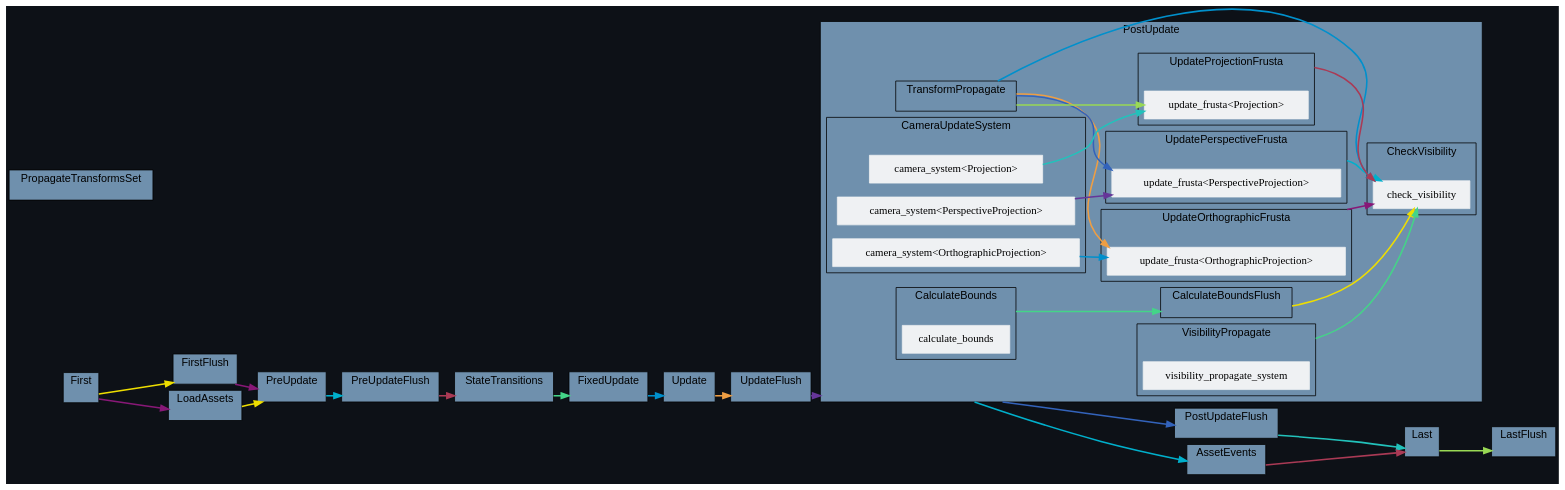
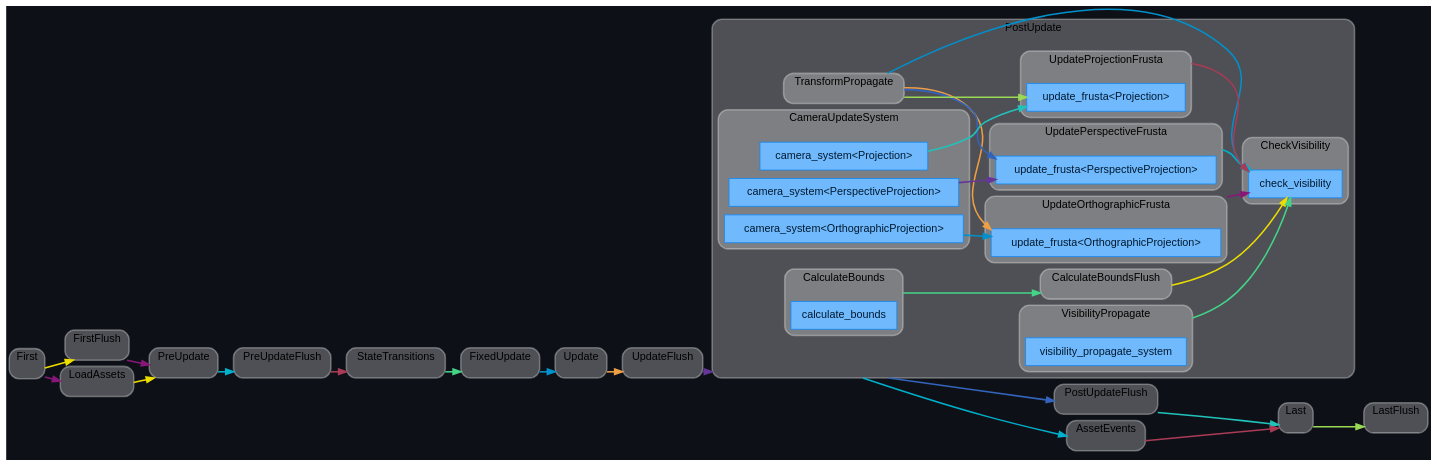
One commit to jakobhellermann/bevy_mod_debugdump changed the diagram in docs/schedule/by-crate/dark/schedule_Main_bevy_render.dot. Above: the diagram before and after it, drawn with Graphviz. The commit also changed 97 other files, not shown here.

```diff
--- a/docs/schedule/by-crate/dark/schedule_Main_bevy_render.dot
+++ b/docs/schedule/by-crate/dark/schedule_Main_bevy_render.dot
@@ -4,206 +4,245 @@
 	"rankdir"="LR";
 	"bgcolor"="#0d1117";
 	"fontname"="Helvetica";
+	"nodesep"="0.15";
 	edge ["penwidth"="2"];
-	node ["shape"="box", "style"="filled", "fillcolor"="#eff1f3", "color"="#eff1f3"];
+	node ["shape"="box", "style"="filled"];
 	subgraph "clusternode_Set(0)" {
+		"style"="rounded,filled";
 		"label"="Update";
 		"tooltip"="Update";
-		"bgcolor"="#6f90ad";
-		"color"="black";
+		"fillcolor"="#ffffff44";
+		"color"="#ffffff50";
+		"penwidth"="2";
 		"set_marker_node_Set(0)" ["style"="invis", "label"="", "height"="0", "shape"="point"]
 	}
 	
 	subgraph "clusternode_Set(2)" {
+		"style"="rounded,filled";
 		"label"="FirstFlush";
 		"tooltip"="FirstFlush";
-		"bgcolor"="#6f90ad";
-		"color"="black";
+		"fillcolor"="#ffffff44";
+		"color"="#ffffff50";
+		"penwidth"="2";
 		"set_marker_node_Set(2)" ["style"="invis", "label"="", "height"="0", "shape"="point"]
 	}
 	
 	subgraph "clusternode_Set(3)" {
+		"style"="rounded,filled";
 		"label"="PreUpdateFlush";
 		"tooltip"="PreUpdateFlush";
-		"bgcolor"="#6f90ad";
-		"color"="black";
+		"fillcolor"="#ffffff44";
+		"color"="#ffffff50";
+		"penwidth"="2";
 		"set_marker_node_Set(3)" ["style"="invis", "label"="", "height"="0", "shape"="point"]
 	}
 	
 	subgraph "clusternode_Set(4)" {
+		"style"="rounded,filled";
 		"label"="UpdateFlush";
 		"tooltip"="UpdateFlush";
-		"bgcolor"="#6f90ad";
-		"color"="black";
+		"fillcolor"="#ffffff44";
+		"color"="#ffffff50";
+		"penwidth"="2";
 		"set_marker_node_Set(4)" ["style"="invis", "label"="", "height"="0", "shape"="point"]
 	}
 	
 	subgraph "clusternode_Set(5)" {
+		"style"="rounded,filled";
 		"label"="PostUpdateFlush";
 		"tooltip"="PostUpdateFlush";
-		"bgcolor"="#6f90ad";
-		"color"="black";
+		"fillcolor"="#ffffff44";
+		"color"="#ffffff50";
+		"penwidth"="2";
 		"set_marker_node_Set(5)" ["style"="invis", "label"="", "height"="0", "shape"="point"]
 	}
 	
 	subgraph "clusternode_Set(6)" {
+		"style"="rounded,filled";
 		"label"="LastFlush";
 		"tooltip"="LastFlush";
-		"bgcolor"="#6f90ad";
-		"color"="black";
+		"fillcolor"="#ffffff44";
+		"color"="#ffffff50";
+		"penwidth"="2";
 		"set_marker_node_Set(6)" ["style"="invis", "label"="", "height"="0", "shape"="point"]
 	}
 	
 	subgraph "clusternode_Set(7)" {
+		"style"="rounded,filled";
 		"label"="First";
 		"tooltip"="First";
-		"bgcolor"="#6f90ad";
-		"color"="black";
+		"fillcolor"="#ffffff44";
+		"color"="#ffffff50";
+		"penwidth"="2";
 		"set_marker_node_Set(7)" ["style"="invis", "label"="", "height"="0", "shape"="point"]
 	}
 	
 	subgraph "clusternode_Set(8)" {
+		"style"="rounded,filled";
 		"label"="PreUpdate";
 		"tooltip"="PreUpdate";
-		"bgcolor"="#6f90ad";
-		"color"="black";
+		"fillcolor"="#ffffff44";
+		"color"="#ffffff50";
+		"penwidth"="2";
 		"set_marker_node_Set(8)" ["style"="invis", "label"="", "height"="0", "shape"="point"]
 	}
 	
 	subgraph "clusternode_Set(9)" {
+		"style"="rounded,filled";
 		"label"="StateTransitions";
 		"tooltip"="StateTransitions";
-		"bgcolor"="#6f90ad";
-		"color"="black";
+		"fillcolor"="#ffffff44";
+		"color"="#ffffff50";
+		"penwidth"="2";
 		"set_marker_node_Set(9)" ["style"="invis", "label"="", "height"="0", "shape"="point"]
 	}
 	
 	subgraph "clusternode_Set(10)" {
+		"style"="rounded,filled";
 		"label"="FixedUpdate";
 		"tooltip"="FixedUpdate";
-		"bgcolor"="#6f90ad";
-		"color"="black";
+		"fillcolor"="#ffffff44";
+		"color"="#ffffff50";
+		"penwidth"="2";
 		"set_marker_node_Set(10)" ["style"="invis", "label"="", "height"="0", "shape"="point"]
 	}
 	
 	subgraph "clusternode_Set(11)" {
+		"style"="rounded,filled";
 		"label"="PostUpdate";
 		"tooltip"="PostUpdate";
-		"bgcolor"="#6f90ad";
-		"color"="black";
+		"fillcolor"="#ffffff44";
+		"color"="#ffffff50";
+		"penwidth"="2";
 		"set_marker_node_Set(11)" ["style"="invis", "label"="", "height"="0", "shape"="point"]
 		subgraph "clusternode_Set(20)" {
+			"style"="rounded,filled";
 			"label"="TransformPropagate";
 			"tooltip"="TransformPropagate";
-			"bgcolor"="#6f90ad";
-			"color"="black";
+			"fillcolor"="#ffffff44";
+			"color"="#ffffff50";
+			"penwidth"="2";
 			"set_marker_node_Set(20)" ["style"="invis", "label"="", "height"="0", "shape"="point"]
 		}
 		
 		subgraph "clusternode_Set(82)" {
+			"style"="rounded,filled";
 			"label"="CameraUpdateSystem";
 			"tooltip"="CameraUpdateSystem";
-			"bgcolor"="#6f90ad";
-			"color"="black";
+			"fillcolor"="#ffffff44";
+			"color"="#ffffff50";
+			"penwidth"="2";
 			"set_marker_node_Set(82)" ["style"="invis", "label"="", "height"="0", "shape"="point"]
-			"node_System(68)" ["label"="camera_system<Projection>", "tooltip"="bevy_render::camera::camera::camera_system<bevy_render::camera::projection::Projection>"]
-			"node_System(69)" ["label"="camera_system<OrthographicProjection>", "tooltip"="bevy_render::camera::camera::camera_system<bevy_render::camera::projection::OrthographicProjection>"]
-			"node_System(70)" ["label"="camera_system<PerspectiveProjection>", "tooltip"="bevy_render::camera::camera::camera_system<bevy_render::camera::projection::PerspectiveProjection>"]
+			"node_System(68)" ["label"="camera_system<Projection>", "tooltip"="bevy_render::camera::camera::camera_system<bevy_render::camera::projection::Projection>", "fillcolor"="#70b9fc", "fontname"="Helvetica", "fontcolor"="#011a31", "color"="#0c88f9", "penwidth"="1"]
+			"node_System(69)" ["label"="camera_system<OrthographicProjection>", "tooltip"="bevy_render::camera::camera::camera_system<bevy_render::camera::projection::OrthographicProjection>", "fillcolor"="#70b9fc", "fontname"="Helvetica", "fontcolor"="#011a31", "color"="#0c88f9", "penwidth"="1"]
+			"node_System(70)" ["label"="camera_system<PerspectiveProjection>", "tooltip"="bevy_render::camera::camera::camera_system<bevy_render::camera::projection::PerspectiveProjection>", "fillcolor"="#70b9fc", "fontname"="Helvetica", "fontcolor"="#011a31", "color"="#0c88f9", "penwidth"="1"]
 		}
 		
 		subgraph "clusternode_Set(86)" {
+			"style"="rounded,filled";
 			"label"="CalculateBounds";
 			"tooltip"="CalculateBounds";
-			"bgcolor"="#6f90ad";
-			"color"="black";
+			"fillcolor"="#ffffff44";
+			"color"="#ffffff50";
+			"penwidth"="2";
 			"set_marker_node_Set(86)" ["style"="invis", "label"="", "height"="0", "shape"="point"]
-			"node_System(72)" ["label"="calculate_bounds", "tooltip"="bevy_render::view::visibility::calculate_bounds"]
+			"node_System(72)" ["label"="calculate_bounds", "tooltip"="bevy_render::view::visibility::calculate_bounds", "fillcolor"="#70b9fc", "fontname"="Helvetica", "fontcolor"="#011a31", "color"="#0c88f9", "penwidth"="1"]
 		}
 		
 		subgraph "clusternode_Set(87)" {
+			"style"="rounded,filled";
 			"label"="CalculateBoundsFlush";
 			"tooltip"="CalculateBoundsFlush";
-			"bgcolor"="#6f90ad";
-			"color"="black";
+			"fillcolor"="#ffffff44";
+			"color"="#ffffff50";
+			"penwidth"="2";
 			"set_marker_node_Set(87)" ["style"="invis", "label"="", "height"="0", "shape"="point"]
 		}
 		
 		subgraph "clusternode_Set(88)" {
+			"style"="rounded,filled";
 			"label"="UpdateOrthographicFrusta";
 			"tooltip"="UpdateOrthographicFrusta";
-			"bgcolor"="#6f90ad";
-			"color"="black";
+			"fillcolor"="#ffffff44";
+			"color"="#ffffff50";
+			"penwidth"="2";
 			"set_marker_node_Set(88)" ["style"="invis", "label"="", "height"="0", "shape"="point"]
-			"node_System(73)" ["label"="update_frusta<OrthographicProjection>", "tooltip"="bevy_render::view::visibility::update_frusta<bevy_render::camera::projection::OrthographicProjection>"]
+			"node_System(73)" ["label"="update_frusta<OrthographicProjection>", "tooltip"="bevy_render::view::visibility::update_frusta<bevy_render::camera::projection::OrthographicProjection>", "fillcolor"="#70b9fc", "fontname"="Helvetica", "fontcolor"="#011a31", "color"="#0c88f9", "penwidth"="1"]
 		}
 		
 		subgraph "clusternode_Set(89)" {
+			"style"="rounded,filled";
 			"label"="UpdatePerspectiveFrusta";
 			"tooltip"="UpdatePerspectiveFrusta";
-			"bgcolor"="#6f90ad";
-			"color"="black";
+			"fillcolor"="#ffffff44";
+			"color"="#ffffff50";
+			"penwidth"="2";
 			"set_marker_node_Set(89)" ["style"="invis", "label"="", "height"="0", "shape"="point"]
-			"node_System(74)" ["label"="update_frusta<PerspectiveProjection>", "tooltip"="bevy_render::view::visibility::update_frusta<bevy_render::camera::projection::PerspectiveProjection>"]
+			"node_System(74)" ["label"="update_frusta<PerspectiveProjection>", "tooltip"="bevy_render::view::visibility::update_frusta<bevy_render::camera::projection::PerspectiveProjection>", "fillcolor"="#70b9fc", "fontname"="Helvetica", "fontcolor"="#011a31", "color"="#0c88f9", "penwidth"="1"]
 		}
 		
 		subgraph "clusternode_Set(90)" {
+			"style"="rounded,filled";
 			"label"="UpdateProjectionFrusta";
 			"tooltip"="UpdateProjectionFrusta";
-			"bgcolor"="#6f90ad";
-			"color"="black";
+			"fillcolor"="#ffffff44";
+			"color"="#ffffff50";
+			"penwidth"="2";
 			"set_marker_node_Set(90)" ["style"="invis", "label"="", "height"="0", "shape"="point"]
-			"node_System(75)" ["label"="update_frusta<Projection>", "tooltip"="bevy_render::view::visibility::update_frusta<bevy_render::camera::projection::Projection>"]
+			"node_System(75)" ["label"="update_frusta<Projection>", "tooltip"="bevy_render::view::visibility::update_frusta<bevy_render::camera::projection::Projection>", "fillcolor"="#70b9fc", "fontname"="Helvetica", "fontcolor"="#011a31", "color"="#0c88f9", "penwidth"="1"]
 		}
 		
 		subgraph "clusternode_Set(91)" {
+			"style"="rounded,filled";
 			"label"="CheckVisibility";
 			"tooltip"="CheckVisibility";
-			"bgcolor"="#6f90ad";
-			"color"="black";
+			"fillcolor"="#ffffff44";
+			"color"="#ffffff50";
+			"penwidth"="2";
 			"set_marker_node_Set(91)" ["style"="invis", "label"="", "height"="0", "shape"="point"]
-			"node_System(77)" ["label"="check_visibility", "tooltip"="bevy_render::view::visibility::check_visibility"]
+			"node_System(77)" ["label"="check_visibility", "tooltip"="bevy_render::view::visibility::check_visibility", "fillcolor"="#70b9fc", "fontname"="Helvetica", "fontcolor"="#011a31", "color"="#0c88f9", "penwidth"="1"]
 		}
 		
 		subgraph "clusternode_Set(92)" {
+			"style"="rounded,filled";
 			"label"="VisibilityPropagate";
 			"tooltip"="VisibilityPropagate";
-			"bgcolor"="#6f90ad";
-			"color"="black";
+			"fillcolor"="#ffffff44";
+			"color"="#ffffff50";
+			"penwidth"="2";
 			"set_marker_node_Set(92)" ["style"="invis", "label"="", "height"="0", "shape"="point"]
-			"node_System(76)" ["label"="visibility_propagate_system", "tooltip"="bevy_render::view::visibility::visibility_propagate_system"]
+			"node_System(76)" ["label"="visibility_propagate_system", "tooltip"="bevy_render::view::visibility::visibility_propagate_system", "fillcolor"="#70b9fc", "fontname"="Helvetica", "fontcolor"="#011a31", "color"="#0c88f9", "penwidth"="1"]
 		}
 		
 	}
 	
 	subgraph "clusternode_Set(12)" {
+		"style"="rounded,filled";
 		"label"="Last";
 		"tooltip"="Last";
-		"bgcolor"="#6f90ad";
-		"color"="black";
+		"fillcolor"="#ffffff44";
+		"color"="#ffffff50";
+		"penwidth"="2";
 		"set_marker_node_Set(12)" ["style"="invis", "label"="", "height"="0", "shape"="point"]
 	}
 	
-	subgraph "clusternode_Set(22)" {
-		"label"="PropagateTransformsSet";
-		"tooltip"="PropagateTransformsSet";
-		"bgcolor"="#6f90ad";
-		"color"="black";
-		"set_marker_node_Set(22)" ["style"="invis", "label"="", "height"="0", "shape"="point"]
-	}
-	
 	subgraph "clusternode_Set(59)" {
+		"style"="rounded,filled";
 		"label"="LoadAssets";
 		"tooltip"="LoadAssets";
-		"bgcolor"="#6f90ad";
-		"color"="black";
+		"fillcolor"="#ffffff44";
+		"color"="#ffffff50";
+		"penwidth"="2";
 		"set_marker_node_Set(59)" ["style"="invis", "label"="", "height"="0", "shape"="point"]
 	}
 	
 	subgraph "clusternode_Set(60)" {
+		"style"="rounded,filled";
 		"label"="AssetEvents";
 		"tooltip"="AssetEvents";
-		"bgcolor"="#6f90ad";
-		"color"="black";
+		"fillcolor"="#ffffff44";
+		"color"="#ffffff50";
+		"penwidth"="2";
 		"set_marker_node_Set(60)" ["style"="invis", "label"="", "height"="0", "shape"="point"]
 	}
 	
```
